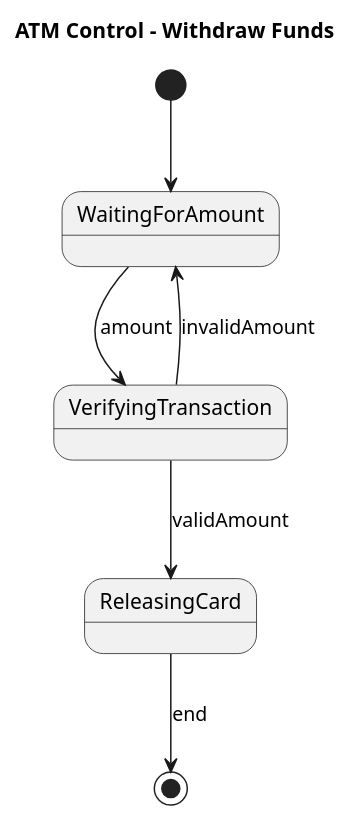
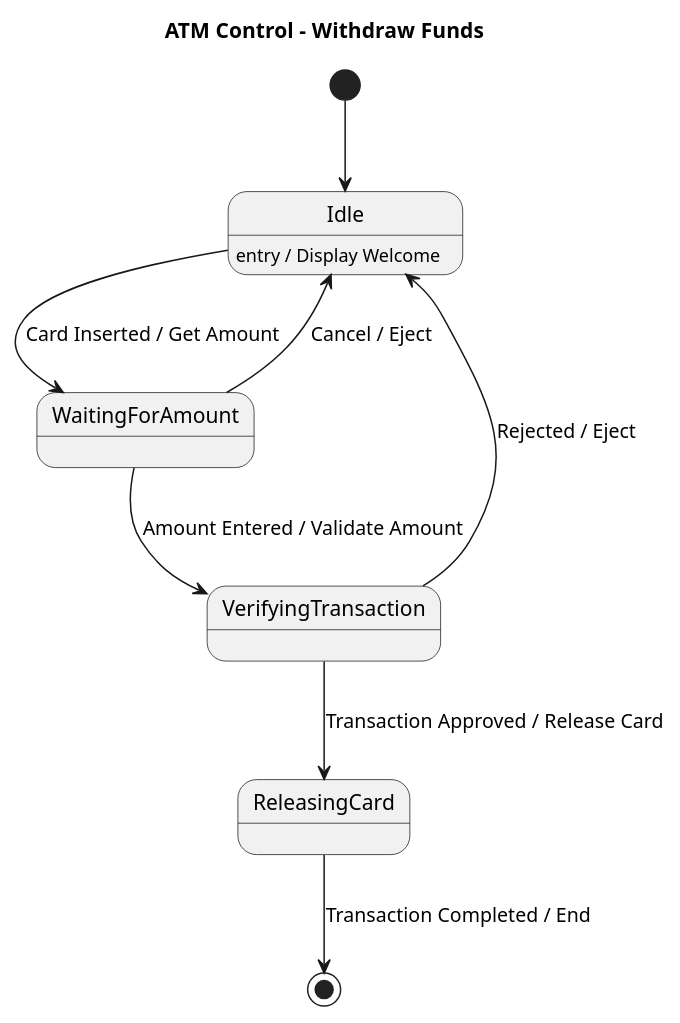
One commit to maimunafaria/State_transition_Diagram_generated_by_LLM changed the diagram in results/plantuml_pipeline/runs/open_source__llama31_8b_instruct__rag_validation_generator_critic_repair/case_60_atm_2/run_01.repair_01.puml. Above: the diagram before and after it, drawn with PlantUML. The commit also changed 210 other files, not shown here.

```diff
--- a/results/plantuml_pipeline/runs/open_source__llama31_8b_instruct__rag_validation_generator_critic_repair/case_60_atm_2/run_01.repair_01.puml
+++ b/results/plantuml_pipeline/runs/open_source__llama31_8b_instruct__rag_validation_generator_critic_repair/case_60_atm_2/run_01.repair_01.puml
@@ -1,15 +1,21 @@
 @startuml
 title ATM Control - Withdraw Funds
 
-[*] --> WaitingForAmount
+[*] --> Idle
 
+state Idle
 state WaitingForAmount
 state VerifyingTransaction
 state ReleasingCard
 
-WaitingForAmount --> VerifyingTransaction : amount
-VerifyingTransaction --> WaitingForAmount : invalidAmount
-VerifyingTransaction --> ReleasingCard : validAmount
-ReleasingCard --> [*] : end
+Idle : entry / Display Welcome
+Idle --> WaitingForAmount : Card Inserted / Get Amount
+
+WaitingForAmount --> VerifyingTransaction : Amount Entered / Validate Amount
+VerifyingTransaction --> ReleasingCard : Transaction Approved / Release Card
+
+WaitingForAmount --> Idle : Cancel / Eject
+VerifyingTransaction --> Idle : Rejected / Eject
+ReleasingCard --> [*] : Transaction Completed / End
 
 @enduml
```
